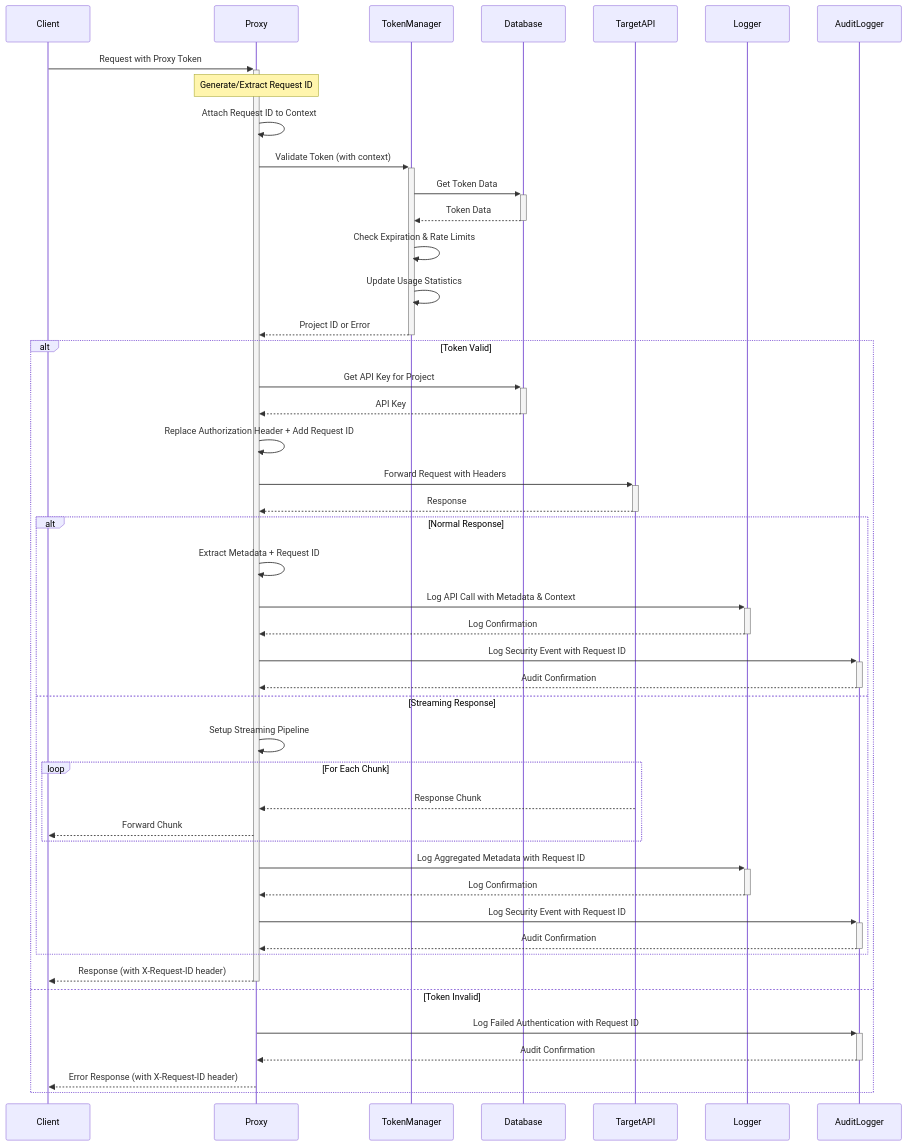
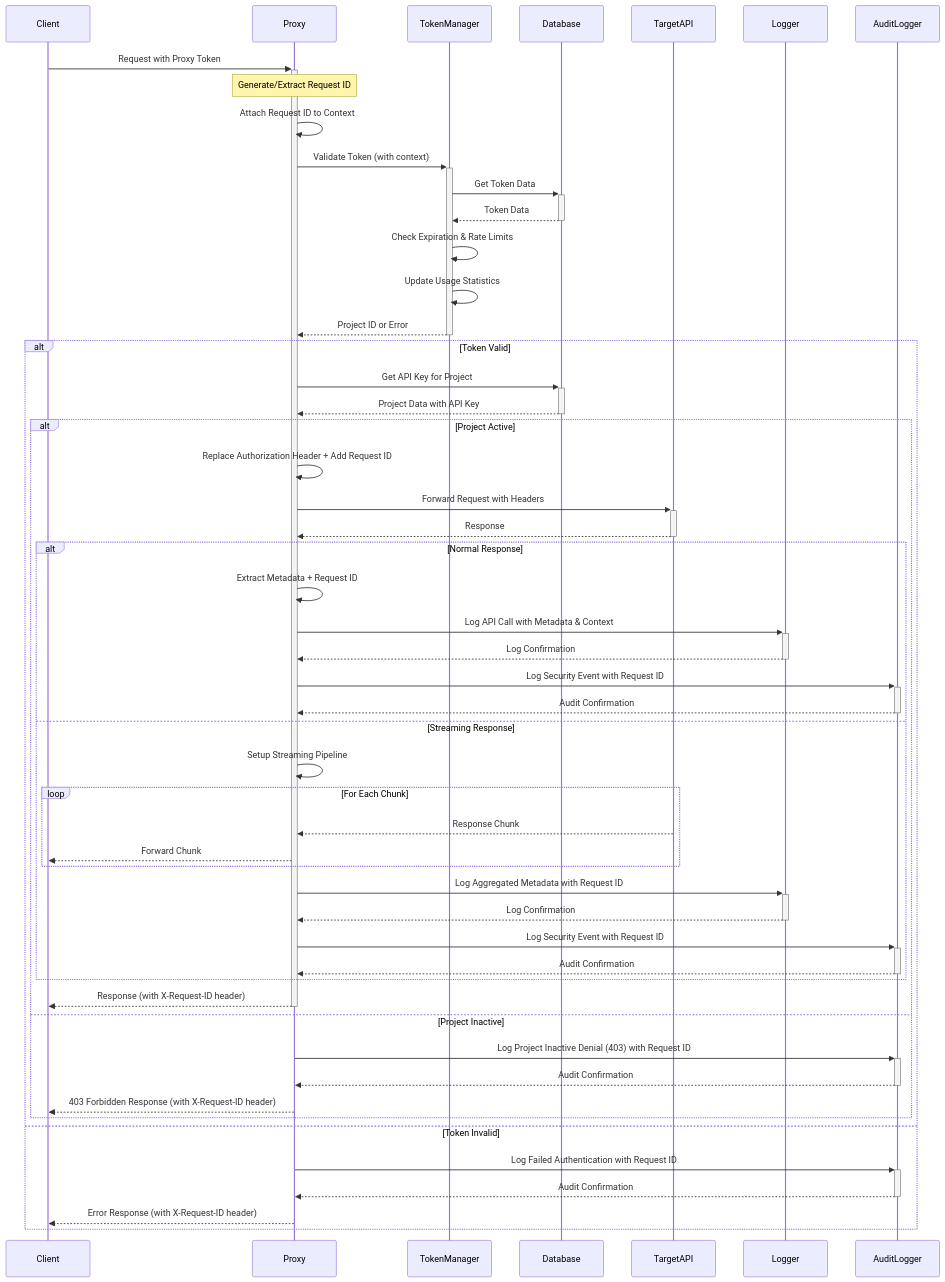
One commit to sofatutor/llm-proxy changed the sixth of 10 diagrams in docs/architecture.md. Above: the diagram before and after it, drawn with Mermaid. The commit also changed other lines of this file and 3 other files, not shown here.

Commit message:
Update documentation for Phase 5 features: architecture, README, CLI reference

````diff
--- a/docs/architecture.md
+++ b/docs/architecture.md
@@ -407,44 +459,51 @@
 ```mermaid
 sequenceDiagram
     Client->>+Proxy: Request with Proxy Token
     Note over Proxy: Generate/Extract Request ID
     Proxy->>Proxy: Attach Request ID to Context
     Proxy->>+TokenManager: Validate Token (with context)
     TokenManager->>+Database: Get Token Data
     Database-->>-TokenManager: Token Data
     TokenManager->>TokenManager: Check Expiration & Rate Limits
     TokenManager->>TokenManager: Update Usage Statistics
     TokenManager-->>-Proxy: Project ID or Error
     
     alt Token Valid
         Proxy->>+Database: Get API Key for Project
-        Database-->>-Proxy: API Key
-        Proxy->>Proxy: Replace Authorization Header + Add Request ID
-        Proxy->>+TargetAPI: Forward Request with Headers
-        TargetAPI-->>-Proxy: Response
+        Database-->>-Proxy: Project Data with API Key
         
-        alt Normal Response
-            Proxy->>Proxy: Extract Metadata + Request ID
-            Proxy->>+Logger: Log API Call with Metadata & Context
-            Logger-->>-Proxy: Log Confirmation
-            Proxy->>+AuditLogger: Log Security Event with Request ID
+        alt Project Active
+            Proxy->>Proxy: Replace Authorization Header + Add Request ID
+            Proxy->>+TargetAPI: Forward Request with Headers
+            TargetAPI-->>-Proxy: Response
+            
+            alt Normal Response
+                Proxy->>Proxy: Extract Metadata + Request ID
+                Proxy->>+Logger: Log API Call with Metadata & Context
+                Logger-->>-Proxy: Log Confirmation
+                Proxy->>+AuditLogger: Log Security Event with Request ID
+                AuditLogger-->>-Proxy: Audit Confirmation
+            else Streaming Response
+                Proxy->>Proxy: Setup Streaming Pipeline
+                loop For Each Chunk
+                    TargetAPI-->>Proxy: Response Chunk
+                    Proxy-->>Client: Forward Chunk
+                end
+                Proxy->>+Logger: Log Aggregated Metadata with Request ID
+                Logger-->>-Proxy: Log Confirmation
+                Proxy->>+AuditLogger: Log Security Event with Request ID
+                AuditLogger-->>-Proxy: Audit Confirmation
+            end
+            
+            Proxy-->>-Client: Response (with X-Request-ID header)
+        else Project Inactive
+            Proxy->>+AuditLogger: Log Project Inactive Denial (403) with Request ID
             AuditLogger-->>-Proxy: Audit Confirmation
-        else Streaming Response
-            Proxy->>Proxy: Setup Streaming Pipeline
-            loop For Each Chunk
-                TargetAPI-->>Proxy: Response Chunk
-                Proxy-->>Client: Forward Chunk
-            end
-            Proxy->>+Logger: Log Aggregated Metadata with Request ID
-            Logger-->>-Proxy: Log Confirmation
-            Proxy->>+AuditLogger: Log Security Event with Request ID
-            AuditLogger-->>-Proxy: Audit Confirmation
+            Proxy-->>Client: 403 Forbidden Response (with X-Request-ID header)
         end
-        
-        Proxy-->>-Client: Response (with X-Request-ID header)
     else Token Invalid
         Proxy->>+AuditLogger: Log Failed Authentication with Request ID
         AuditLogger-->>-Proxy: Audit Confirmation
         Proxy-->>Client: Error Response (with X-Request-ID header)
     end
 ```
````
